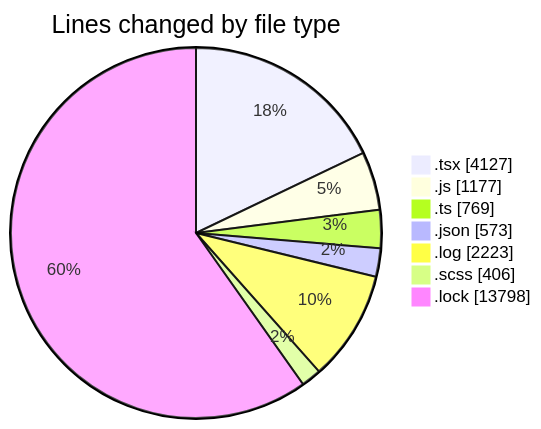
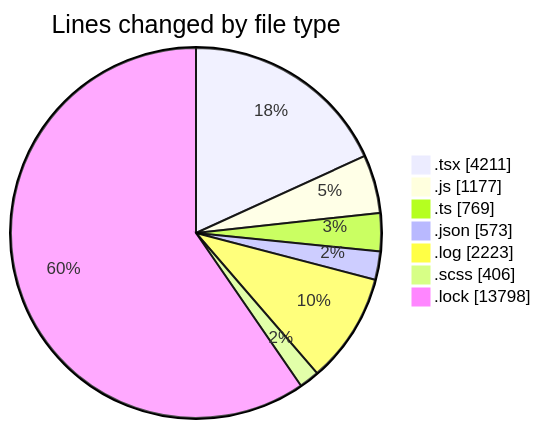
Before and after one commit to momahboobian/code-tracking: the first of 2 diagrams in 2026-04-17/cda/README.md, drawn with Mermaid. The commit also changed other lines of this file and 1 other file, not shown here.

````diff
--- a/2026-04-17/cda/README.md
+++ b/2026-04-17/cda/README.md
@@ -58,11 +58,11 @@
 ```mermaid
 pie showData
 title Lines changed by file type
-".tsx" : 4127
+".tsx" : 4211
 ".js" : 1177
 ".ts" : 769
 ".json" : 573
 ".log" : 2223
 ".scss" : 406
 ".lock" : 13798
 ```
````
